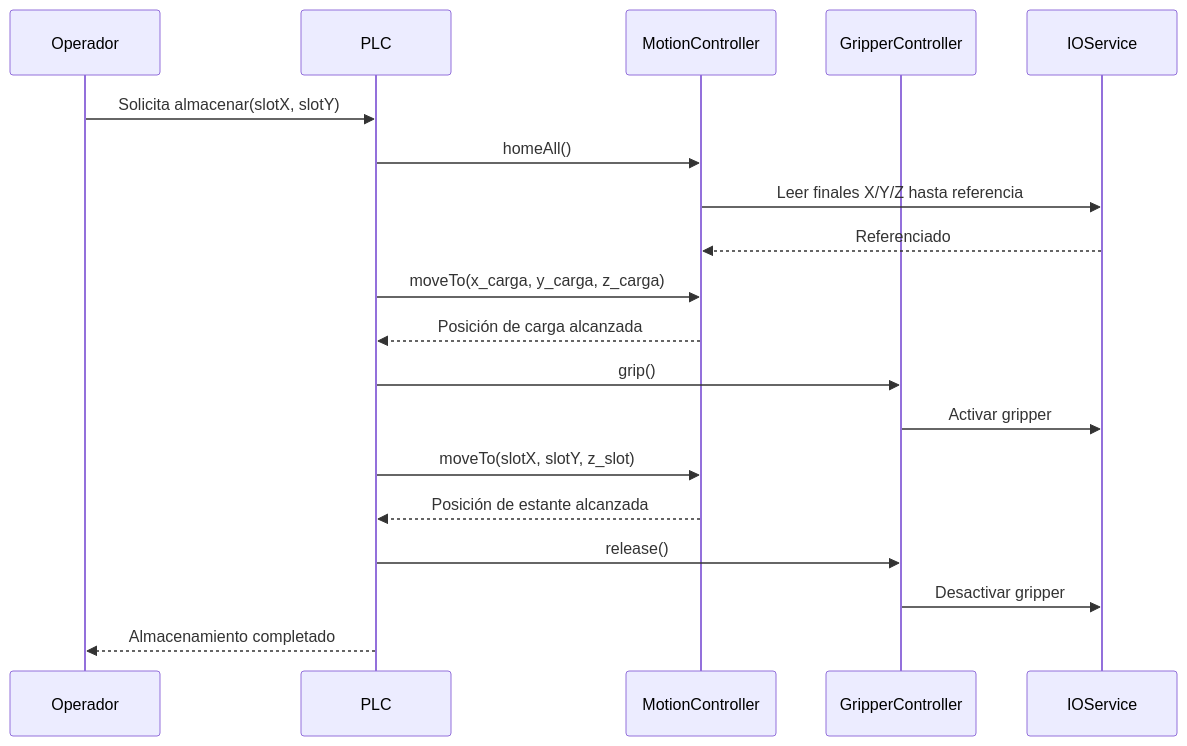
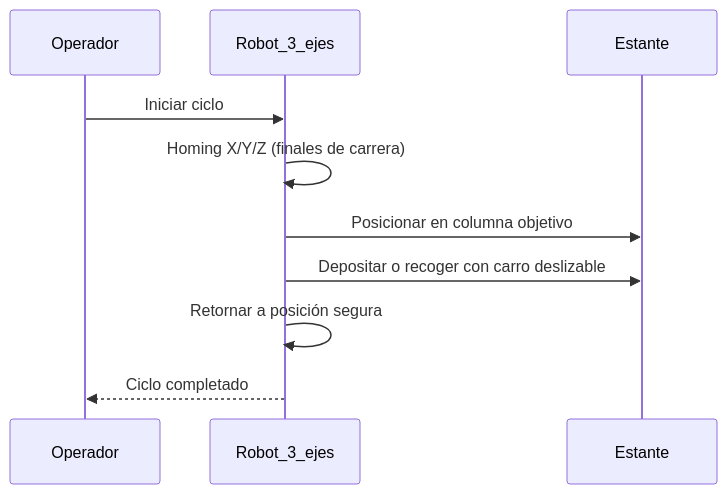
Before and after one commit to SB-312/Proyecto-Intermedio-IIoT: the second of 3 diagrams in README.md, drawn with Mermaid. The commit also changed other lines of this file, not shown here.

````diff
--- a/README.md
+++ b/README.md
@@ -134,25 +90,13 @@
 ```mermaid
 sequenceDiagram
     participant Operador
-    participant PLC
-    participant Motion as MotionController
-    participant Grip as GripperController
-    participant IO as IOService
+    participant Robot as Robot_3_ejes
+    participant Estante
 
-    Operador->>PLC: Solicita almacenar(slotX, slotY)
-    PLC->>Motion: homeAll()
-    Motion->>IO: Leer finales X/Y/Z hasta referencia
-    IO-->>Motion: Referenciado
-
-    PLC->>Motion: moveTo(x_carga, y_carga, z_carga)
-    Motion-->>PLC: Posición de carga alcanzada
-    PLC->>Grip: grip()
-    Grip->>IO: Activar gripper
-
-    PLC->>Motion: moveTo(slotX, slotY, z_slot)
-    Motion-->>PLC: Posición de estante alcanzada
-    PLC->>Grip: release()
-    Grip->>IO: Desactivar gripper
-
-    PLC-->>Operador: Almacenamiento completado
+    Operador->>Robot: Iniciar ciclo
+    Robot->>Robot: Homing X/Y/Z (finales de carrera)
+    Robot->>Estante: Posicionar en columna objetivo
+    Robot->>Estante: Depositar o recoger con carro deslizable
+    Robot->>Robot: Retornar a posición segura
+    Robot-->>Operador: Ciclo completado
 ```
````
